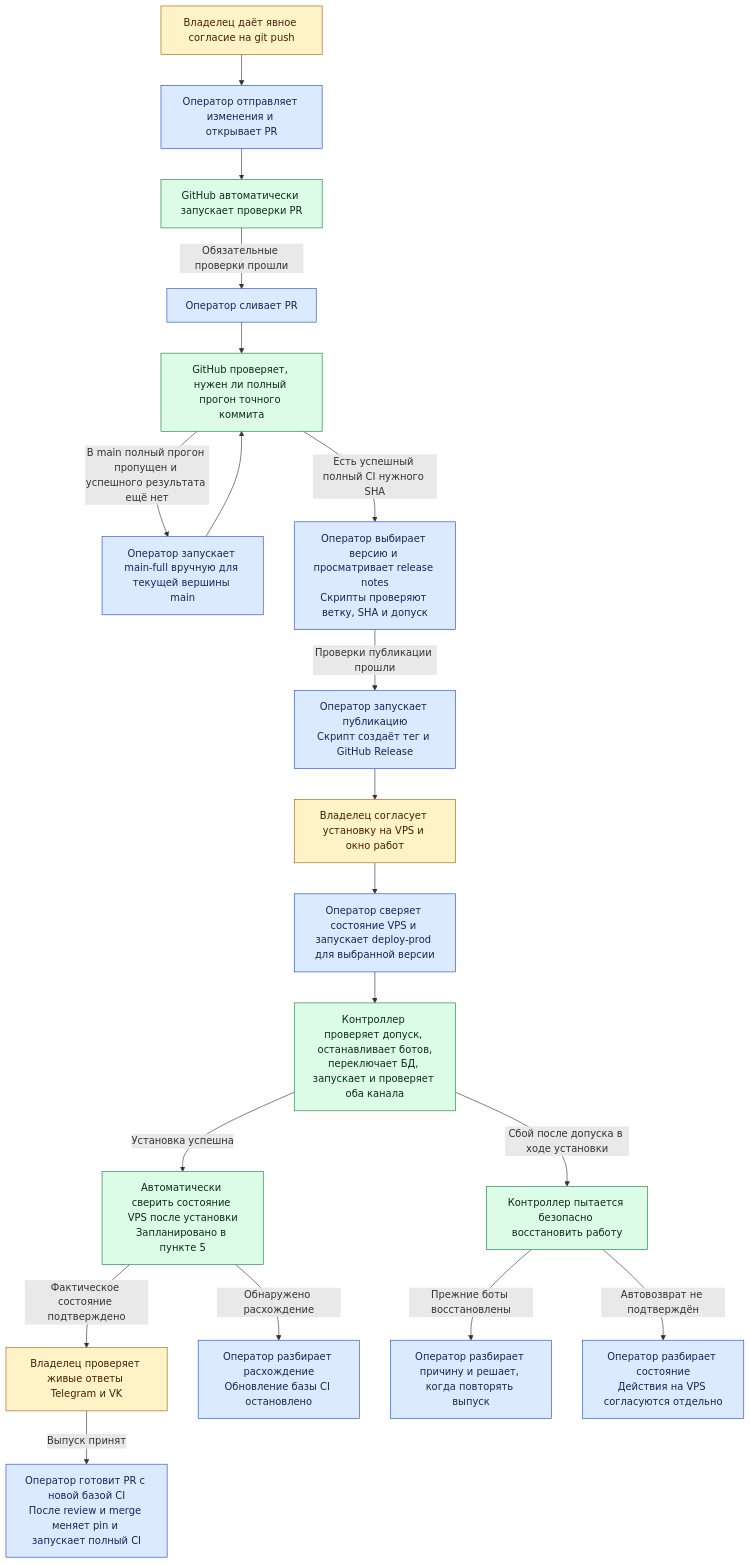
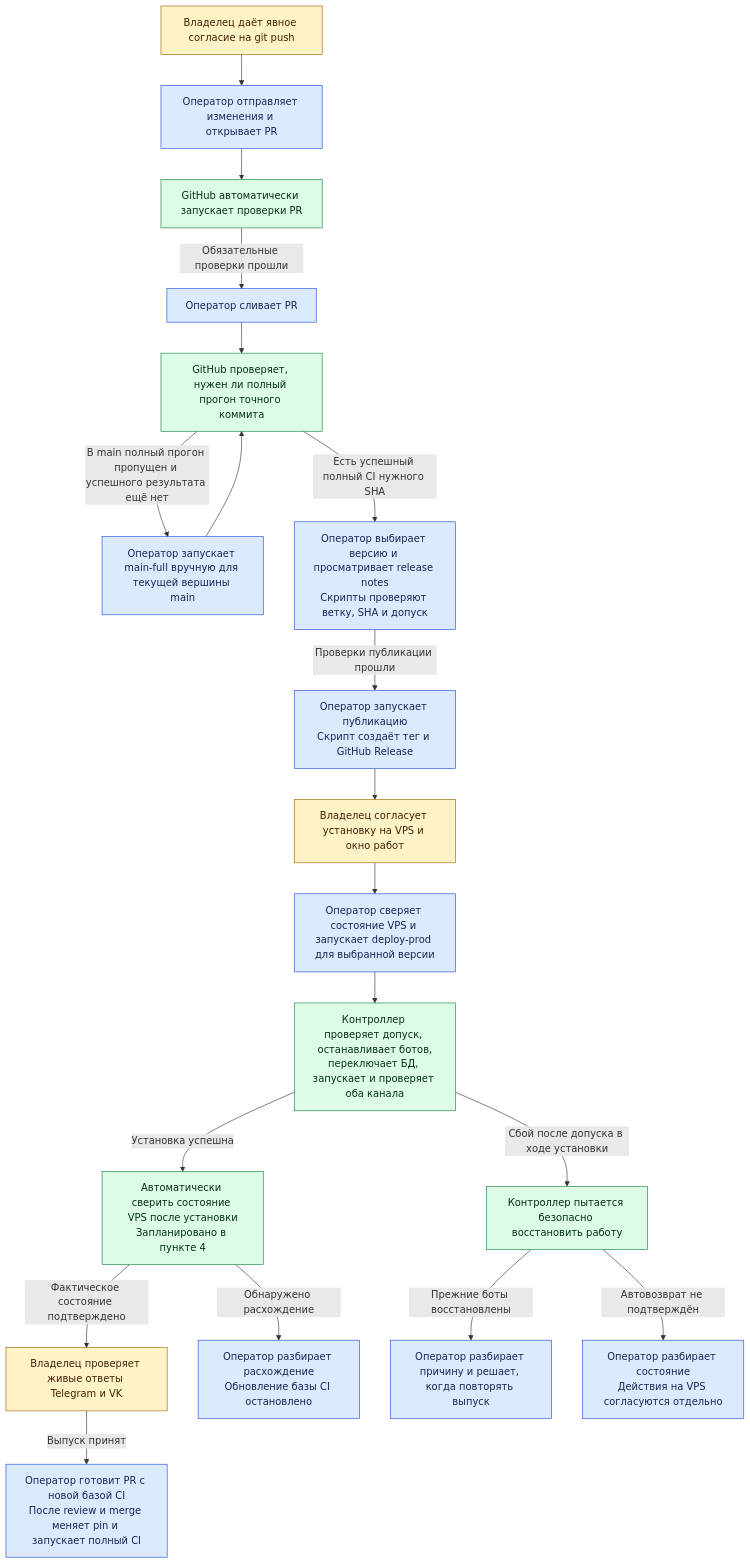
The first of 6 diagrams in docs/release-ci-admission/CI_AND_DEPLOY.md (karateka-git/compadre-assistant), drawn with Mermaid before and after one commit. The commit also changed other lines of this file and 1 other file, not shown here.

Commit message:
Перенести испытания восстановления после нового допуска

````diff
--- a/docs/release-ci-admission/CI_AND_DEPLOY.md
+++ b/docs/release-ci-admission/CI_AND_DEPLOY.md
@@ -21,28 +21,28 @@
 ```mermaid
 flowchart TD
     PUSHOK["Владелец даёт явное согласие на git push"] --> PR["Оператор отправляет изменения и открывает PR"]
     PR --> FAST["GitHub автоматически запускает проверки PR"]
     FAST -->|Обязательные проверки прошли| MERGE["Оператор сливает PR"]
     MERGE --> FULL["GitHub проверяет, нужен ли полный прогон точного коммита"]
     FULL -->|В main полный прогон пропущен и успешного результата ещё нет| RUN["Оператор запускает main-full вручную для текущей вершины main"]
     RUN --> FULL
     FULL -->|Есть успешный полный CI нужного SHA| PREP["Оператор выбирает версию и просматривает release notes<br/>Скрипты проверяют ветку, SHA и допуск"]
     PREP -->|Проверки публикации прошли| PUB["Оператор запускает публикацию<br/>Скрипт создаёт тег и GitHub Release"]
     PUB --> WINDOW["Владелец согласует установку на VPS и окно работ"]
     WINDOW --> DEPLOY["Оператор сверяет состояние VPS и запускает deploy-prod для выбранной версии"]
     DEPLOY --> VPS["Контроллер проверяет допуск, останавливает ботов,<br/>переключает БД, запускает и проверяет оба канала"]
-    VPS -->|Установка успешна| VERIFY["Автоматически сверить состояние VPS после установки<br/>Запланировано в пункте 5"]
+    VPS -->|Установка успешна| VERIFY["Автоматически сверить состояние VPS после установки<br/>Запланировано в пункте 4"]
     VERIFY -->|Фактическое состояние подтверждено| LIVE["Владелец проверяет живые ответы Telegram и VK"]
     VERIFY -->|Обнаружено расхождение| MISMATCH["Оператор разбирает расхождение<br/>Обновление базы CI остановлено"]
     LIVE -->|Выпуск принят| BASE["Оператор готовит PR с новой базой CI<br/>После review и merge меняет pin и запускает полный CI"]
     VPS -->|Сбой после допуска в ходе установки| AUTO["Контроллер пытается безопасно восстановить работу"]
     AUTO -->|Прежние боты восстановлены| RETRY["Оператор разбирает причину и решает, когда повторять выпуск"]
     AUTO -->|Автовозврат не подтверждён| MANUAL["Оператор разбирает состояние<br/>Действия на VPS согласуются отдельно"]
 
     classDef owner fill:#fef3c7,stroke:#a16207,color:#422006
     classDef operator fill:#dbeafe,stroke:#1d4ed8,color:#172554
     classDef automatic fill:#dcfce7,stroke:#15803d,color:#052e16
     class PUSHOK,WINDOW,LIVE owner
     class PR,MERGE,RUN,PREP,PUB,DEPLOY,BASE,MISMATCH,RETRY,MANUAL operator
     class FAST,FULL,VPS,VERIFY,AUTO automatic
 ```
````
